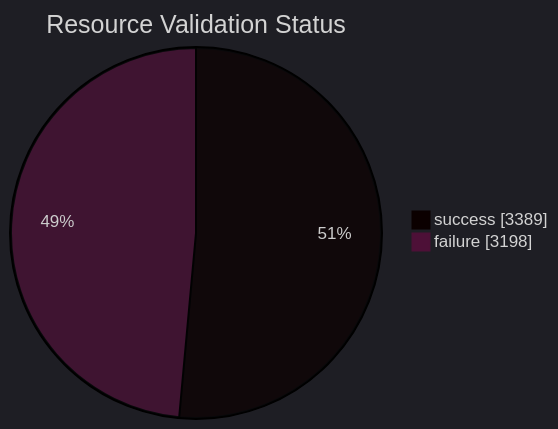
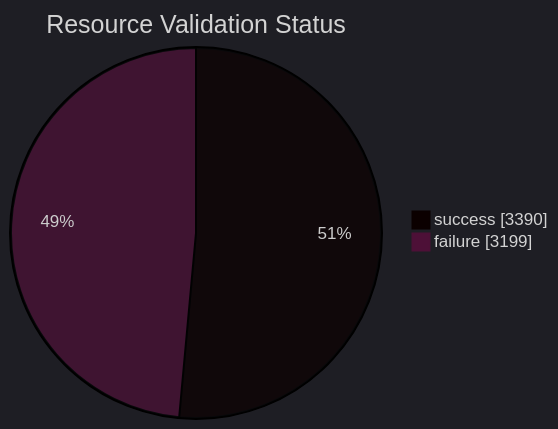
One commit to open-data/analytics-corporate-reporting changed the diagram in datastore_tracker/resource_validation_status_pie_chart.md. Above: the diagram before and after it, drawn with Mermaid. The commit also changed 9 other files, not shown here.

````diff
--- a/datastore_tracker/resource_validation_status_pie_chart.md
+++ b/datastore_tracker/resource_validation_status_pie_chart.md
@@ -2,9 +2,9 @@
 ```mermaid
 ---
 config:
   theme: dark
 ---
 pie showData title Resource Validation Status
-    "success": 3389
-    "failure": 3198
+    "success": 3390
+    "failure": 3199
 ```
````
